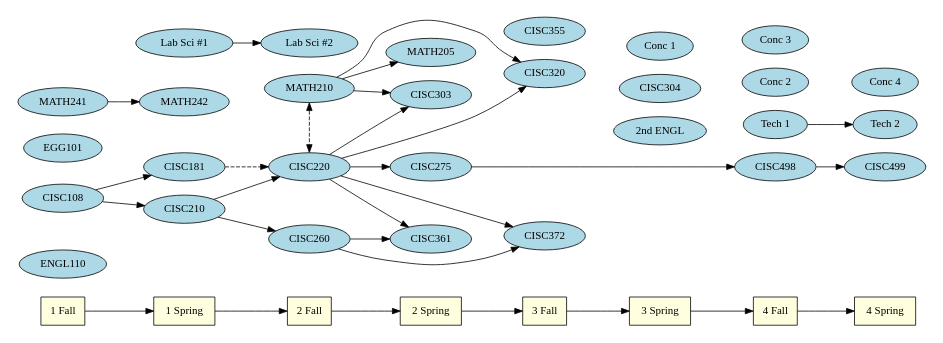
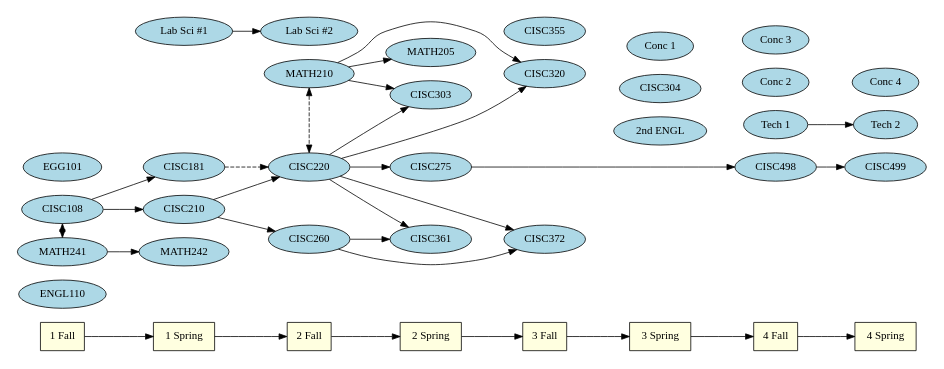
One commit to UD-CIS-Teaching/student-guidance changed the diagram in requirements/cs_bs.dot. Above: the diagram before and after it, drawn with Graphviz.

Commit message:
CS BS add math241 corequisite

```diff
--- a/requirements/cs_bs.dot
+++ b/requirements/cs_bs.dot
@@ -1,41 +1,42 @@
 digraph world {
 
     node [ fillcolor="lightblue" style=filled ]
     size="7,7";
     rankdir="LR";
     
     "1 Fall" -> "1 Spring" -> "2 Fall" -> "2 Spring" -> "3 Fall" -> "3 Spring" -> "4 Fall" -> "4 Spring";
     "1 Fall" [shape="box" fillcolor="lightyellow"];
     "1 Spring" [shape="box" fillcolor="lightyellow"];
     "2 Fall" [shape="box" fillcolor="lightyellow"];
     "2 Spring" [shape="box" fillcolor="lightyellow"];
     "3 Fall" [shape="box" fillcolor="lightyellow"];
     "3 Spring" [shape="box" fillcolor="lightyellow"];
     "4 Fall" [shape="box" fillcolor="lightyellow"];
     "4 Spring" [shape="box" fillcolor="lightyellow"];
 
     {rank=same; "1 Fall";ENGL110;CISC108;EGG101;MATH241}
     {rank=same; "1 Spring";CISC181;CISC210;"Lab Sci #1"}
     {rank=same; "2 Fall";CISC220;CISC260;MATH210;"Lab Sci #2"}
     {rank=same; "2 Spring";CISC275;CISC303}
     {rank=same; "3 Fall";CISC320; CISC355;CISC372}
     {rank=same; "3 Spring";"2nd ENGL";CISC304;"Conc 1"}
     {rank=same; "4 Fall";CISC498;"Tech 1";"Conc 2";"Conc 3"}
     {rank=same; "4 Spring";CISC499;"Tech 2";"Conc 4"}
     
     MATH210 -> CISC220 [dir="both" style=dashed];
+    CISC108 -> MATH241 [dir="both" style=dashed];
 
     EGG101;
     "Lab Sci #1" -> "Lab Sci #2";
     CISC108 -> {CISC181; CISC210};
     CISC210 -> {CISC220 ; CISC260}
     CISC181 -> CISC220 [style=dashed];
     MATH241 -> MATH242;
     MATH210 -> {CISC320 ; CISC303; MATH205};
     CISC220 -> {CISC275 ; CISC320; CISC303; CISC361; CISC372}
     CISC260 -> {CISC361 ; CISC372};
     CISC275 -> CISC498;
     CISC498 -> CISC499;
     CISC355;
     "Tech 1" -> "Tech 2";
 }
```
